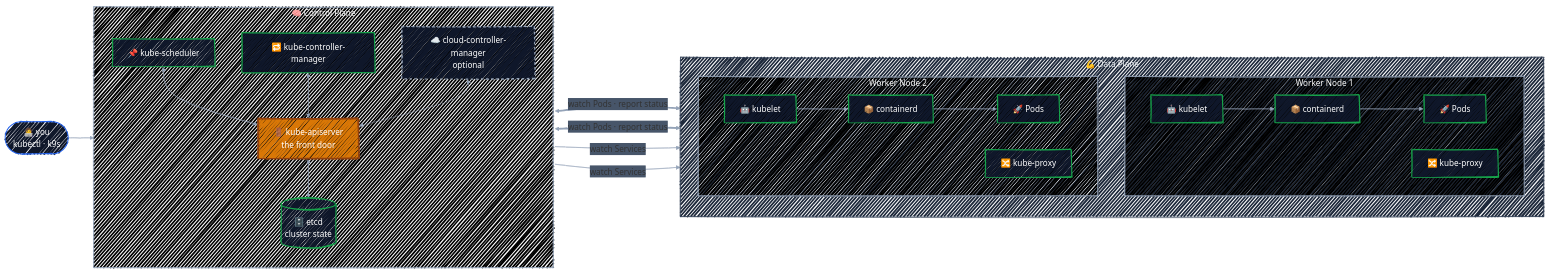
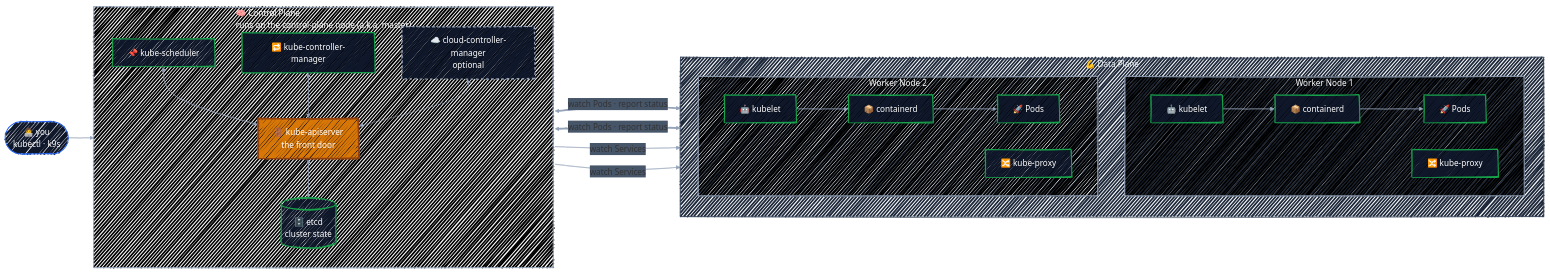
One commit to r97221004/k8s-tutorial changed the diagram in docs/getting-started/architecture.md. Above: the diagram before and after it, drawn with Mermaid.

Commit message:
docs: label the control plane as running on the control-plane node

````diff
--- a/docs/getting-started/architecture.md
+++ b/docs/getting-started/architecture.md
@@ -14,64 +14,64 @@
 ```mermaid
 ---
 config:
   look: handDrawn
   theme: default
   themeVariables:
     fontFamily: '"Comic Sans MS", "Comic Sans", "Segoe Print", "Bradley Hand", cursive'
     clusterBkg: '#FAFAFA'
     clusterBorder: '#94A3B8'
     lineColor: '#94A3B8'
     edgeLabelBackground: '#475569'
   themeCSS: |
     .edgeLabel, .edgeLabel p, .edgeLabel span { color: #FFFFFF !important; }
 ---
 flowchart LR
     you(["👩‍💻 you<br/>kubectl · k9s"])
 
-    subgraph cp["🧠 Control Plane"]
+    subgraph cp["🧠 Control Plane<br/>runs on the control-plane node (a.k.a. master)"]
         direction TB
         api["🚪 kube-apiserver<br/>the front door"]
         etcd[("🗄️ etcd<br/>cluster state")]
         sched["📌 kube-scheduler"]
         kcm["🔁 kube-controller-manager"]
         ccm["☁️ cloud-controller-manager<br/>optional"]
         sched <--> api
         kcm <--> api
         ccm <-.-> api
         api <--> etcd
     end
 
     subgraph dp["💪 Data Plane"]
         direction TB
         subgraph w1["Worker Node 1"]
             direction LR
             k1["🤖 kubelet"] --> r1["📦 containerd"] --> p1["🚀 Pods"]
             x1["🔀 kube-proxy"]
         end
         subgraph w2["Worker Node 2"]
             direction LR
             k2["🤖 kubelet"] --> r2["📦 containerd"] --> p2["🚀 Pods"]
             x2["🔀 kube-proxy"]
         end
     end
 
     you --> api
     api <==>|"watch Pods · report status"| k1
     api <==>|"watch Pods · report status"| k2
     api -->|"watch Services"| x1
     api -->|"watch Services"| x2
 
     classDef ctrl fill:#0F172A,stroke:#2563EB,stroke-width:2px,color:#FFFFFF
     classDef eng fill:#D97706,stroke:#92400E,stroke-width:3px,color:#FFFFFF
     classDef tgt fill:#0F172A,stroke:#16A34A,stroke-width:2px,color:#FFFFFF
     classDef opt fill:#0F172A,stroke:#94A3B8,stroke-width:2px,stroke-dasharray:5 5,color:#FFFFFF
     class you ctrl
     class api eng
     class etcd,sched,kcm,k1,r1,p1,x1,k2,r2,p2,x2 tgt
     class ccm opt
 
     style cp fill:#000000,stroke:#94A3B8,color:#FFFFFF,fillStyle:solid
     style dp fill:#1E293B,stroke:#334155,color:#F1F5F9,fillStyle:solid
     style w1 fill:#000000,stroke:#94A3B8,color:#FFFFFF,fillStyle:solid
     style w2 fill:#000000,stroke:#94A3B8,color:#FFFFFF,fillStyle:solid
 ```
````
